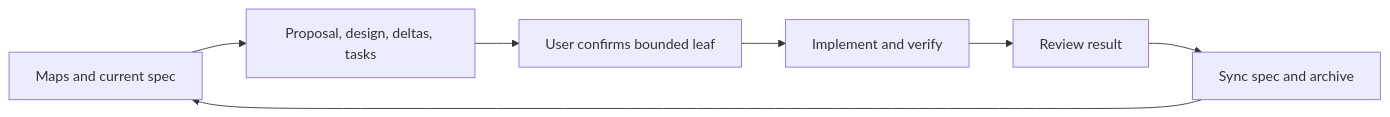
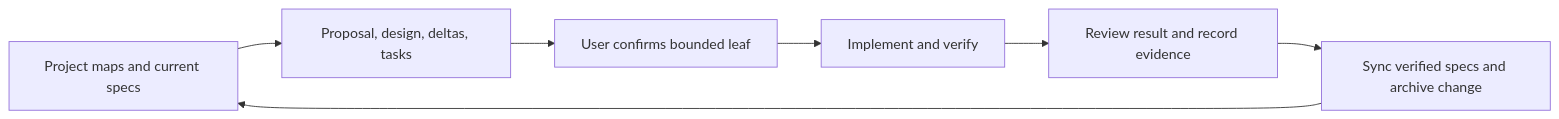
One commit to briginas/yo changed the diagram in docs/openspec.md. Above: the diagram before and after it, drawn with Mermaid. The commit also changed other lines of this file and 21 other files, not shown here.

````diff
--- a/docs/openspec.md
+++ b/docs/openspec.md
@@ -78,9 +78,9 @@
 ```mermaid
 flowchart LR
-    Maps[Maps and current spec] --> Change[Proposal, design, deltas, tasks]
+    Maps[Project maps and current specs] --> Change[Proposal, design, deltas, tasks]
     Change --> Approval[User confirms bounded leaf]
     Approval --> Work[Implement and verify]
-    Work --> Review[Review result]
-    Review --> Sync[Sync spec and archive]
+    Work --> Review[Review result and record evidence]
+    Review --> Sync[Sync verified specs and archive change]
     Sync --> Maps
 ```
````
